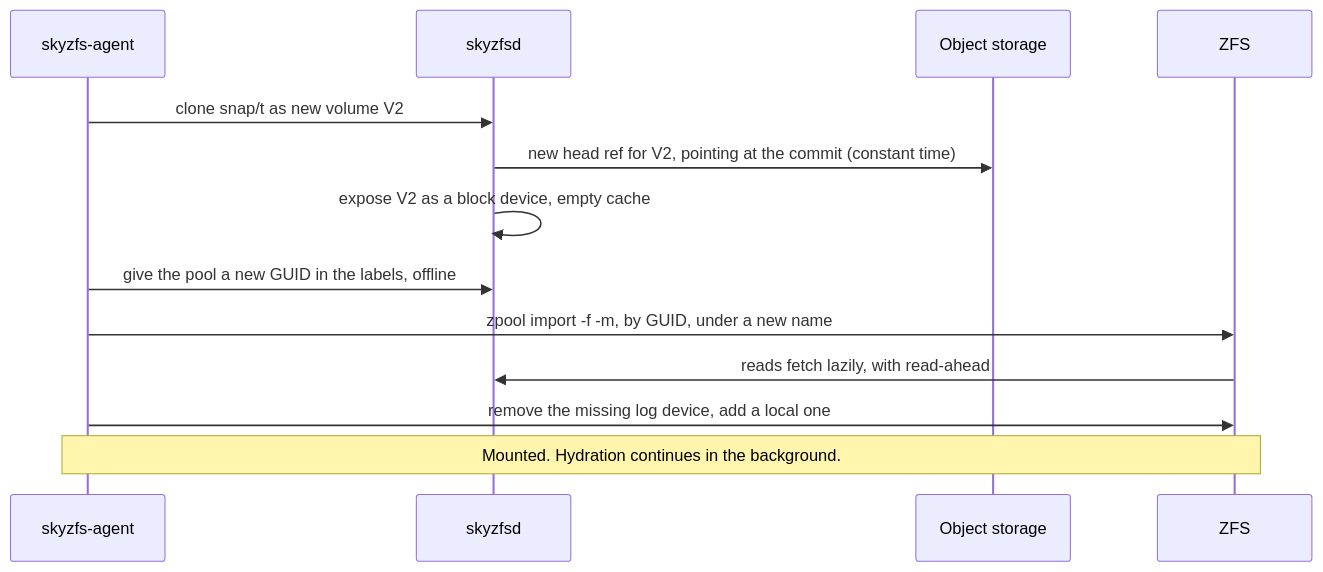
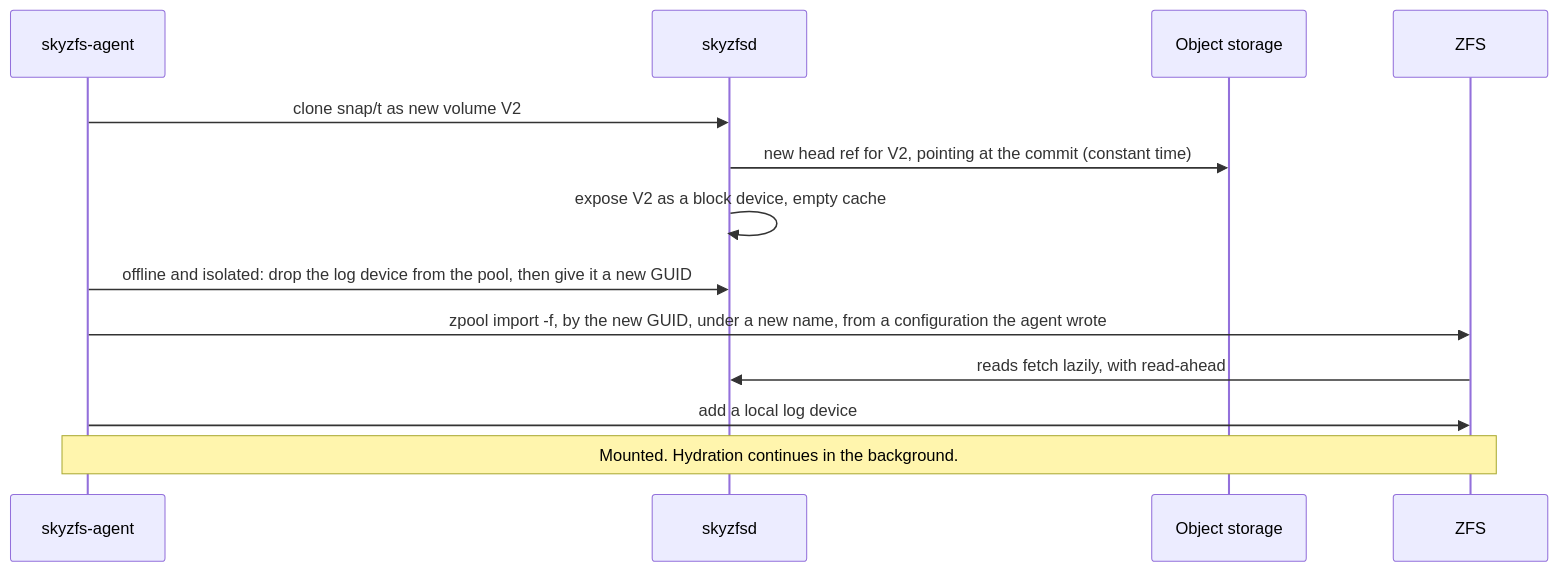
The fourth of 5 diagrams in docs/skyzfs-design.md (skyzfs/skyzfs), drawn with Mermaid before and after one commit. The commit also changed other lines of this file, not shown here.

First line of the commit message:
design: an absolute path for udrive_shm, and an isolated clone session

````diff
--- a/docs/skyzfs-design.md
+++ b/docs/skyzfs-design.md
@@ -313,16 +315,16 @@
 ```mermaid
 sequenceDiagram
     participant A as skyzfs-agent
     participant D as skyzfsd
     participant O as Object storage
     participant Z as ZFS
 
     A->>D: clone snap/t as new volume V2
     D->>O: new head ref for V2, pointing at the commit (constant time)
     D->>D: expose V2 as a block device, empty cache
-    A->>D: give the pool a new GUID in the labels, offline
-    A->>Z: zpool import -f -m, by GUID, under a new name
+    A->>D: offline and isolated: drop the log device from the pool, then give it a new GUID
+    A->>Z: zpool import -f, by the new GUID, under a new name, from a configuration the agent wrote
     Z->>D: reads fetch lazily, with read-ahead
-    A->>Z: remove the missing log device, add a local one
+    A->>Z: add a local log device
     Note over A,Z: Mounted. Hydration continues in the background.
 ```
````
